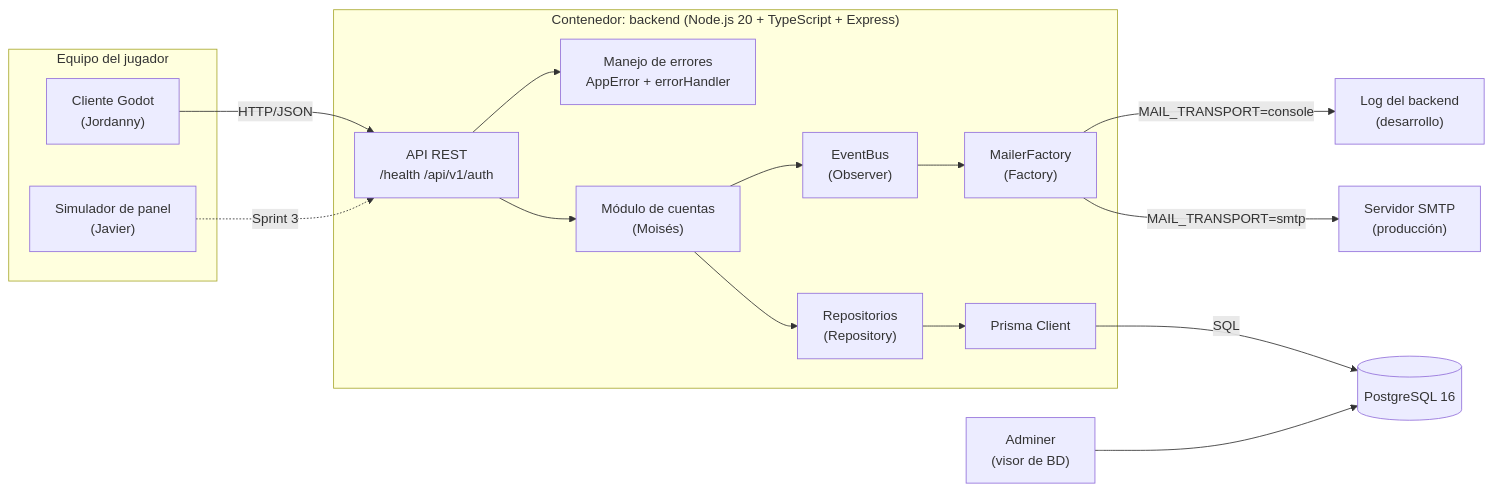
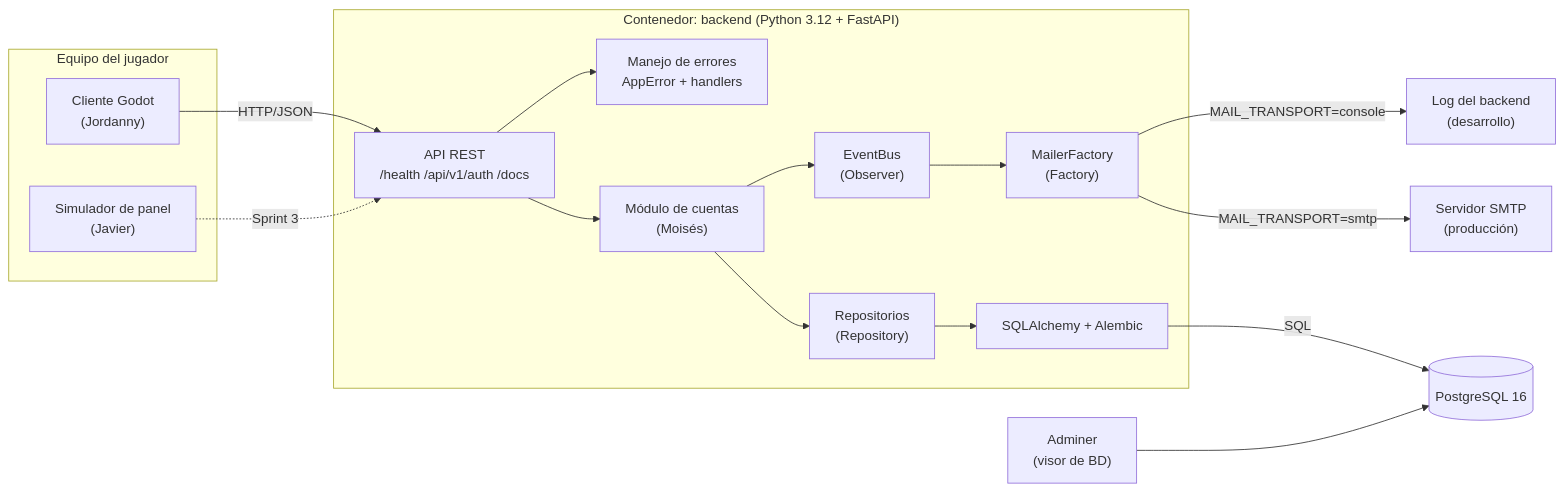
Before and after one commit to Jbarraza5010/control-del-reactor: the diagram in docs/arquitectura/02-componentes.md, drawn with Mermaid. The commit also changed 2 other files, not shown here.

Commit message:
Tres diagramas en Mermaid actualizados
docs(arquitectura): actualizar diagramas del Sprint 2 para el backend en Python

````diff
--- a/docs/arquitectura/02-componentes.md
+++ b/docs/arquitectura/02-componentes.md
@@ -3,35 +3,35 @@
 ```mermaid
 flowchart LR
   subgraph Cliente["Equipo del jugador"]
     GODOT["Cliente Godot<br/>(Jordanny)"]
     SIM["Simulador de panel<br/>(Javier)"]
   end
 
-  subgraph Backend["Contenedor: backend (Node.js 20 + TypeScript + Express)"]
-    HTTP["API REST<br/>/health  /api/v1/auth"]
+  subgraph Backend["Contenedor: backend (Python 3.12 + FastAPI)"]
+    HTTP["API REST<br/>/health  /api/v1/auth  /docs"]
     AUTH["Módulo de cuentas<br/>(Moisés)"]
-    ERRS["Manejo de errores<br/>AppError + errorHandler"]
+    ERRS["Manejo de errores<br/>AppError + handlers"]
     BUS["EventBus<br/>(Observer)"]
     MAILF["MailerFactory<br/>(Factory)"]
     REPOS["Repositorios<br/>(Repository)"]
-    PRISMA["Prisma Client"]
+    SA["SQLAlchemy + Alembic"]
   end
 
   DB[("PostgreSQL 16")]
   SMTP["Servidor SMTP<br/>(producción)"]
   LOG["Log del backend<br/>(desarrollo)"]
   ADM["Adminer<br/>(visor de BD)"]
 
   GODOT -->|"HTTP/JSON"| HTTP
   SIM -.->|"Sprint 3"| HTTP
   HTTP --> AUTH
   HTTP --> ERRS
   AUTH --> REPOS
   AUTH --> BUS
   BUS --> MAILF
-  REPOS --> PRISMA
-  PRISMA -->|"SQL"| DB
+  REPOS --> SA
+  SA -->|"SQL"| DB
   MAILF -->|"MAIL_TRANSPORT=smtp"| SMTP
   MAILF -->|"MAIL_TRANSPORT=console"| LOG
   ADM --> DB
 ```
````
